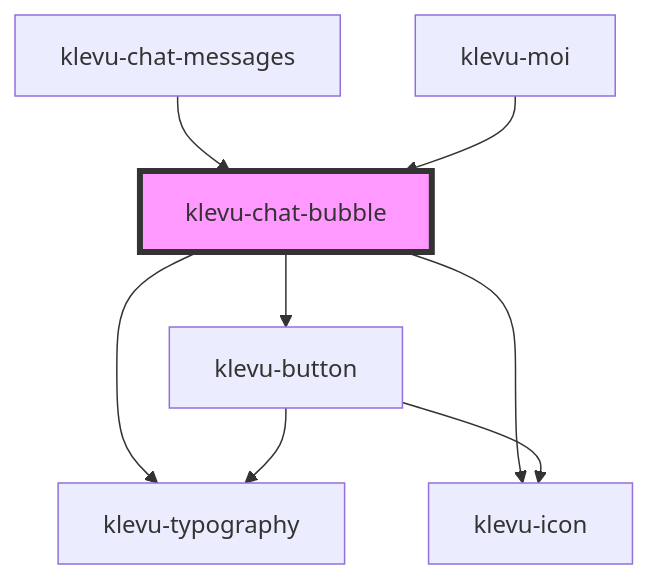
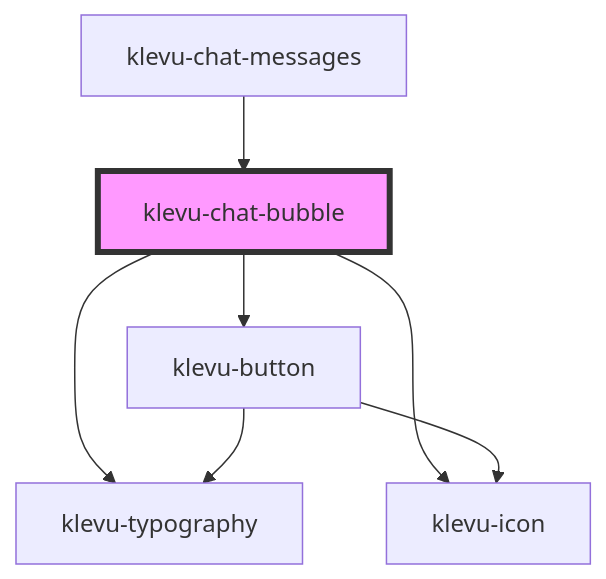
One commit to klevultd/frontend-sdk changed the diagram in packages/klevu-ui/src/components/klevu-chat-bubble/readme.md. Above: the diagram before and after it, drawn with Mermaid. The commit also changed other lines of this file and 26 other files, not shown here.

````diff
--- a/packages/klevu-ui/src/components/klevu-chat-bubble/readme.md
+++ b/packages/klevu-ui/src/components/klevu-chat-bubble/readme.md
@@ -42,11 +41,10 @@
 ```mermaid
 graph TD;
   klevu-chat-bubble --> klevu-typography
   klevu-chat-bubble --> klevu-icon
   klevu-chat-bubble --> klevu-button
   klevu-button --> klevu-icon
   klevu-button --> klevu-typography
   klevu-chat-messages --> klevu-chat-bubble
-  klevu-moi --> klevu-chat-bubble
   style klevu-chat-bubble fill:#f9f,stroke:#333,stroke-width:4px
 ```
````
